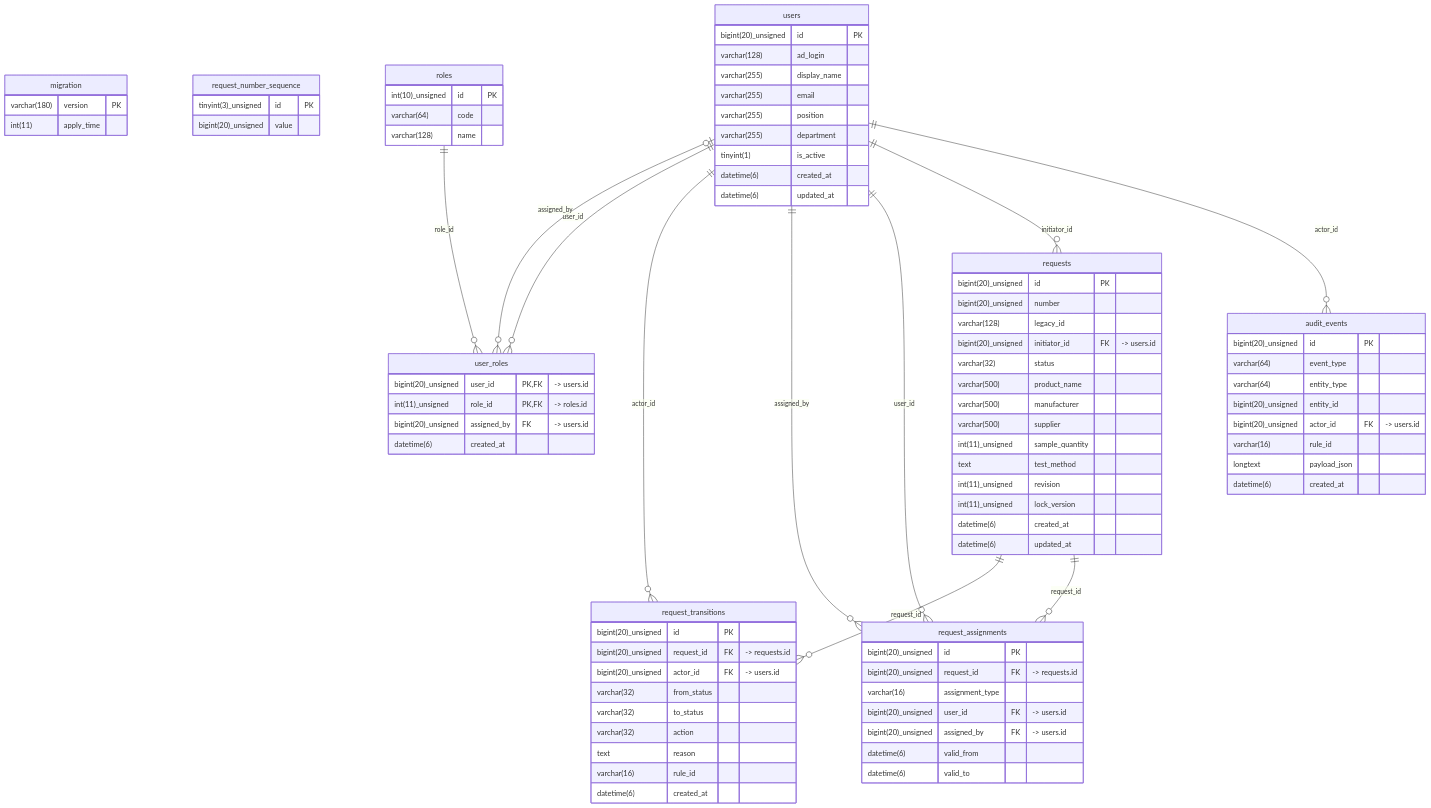
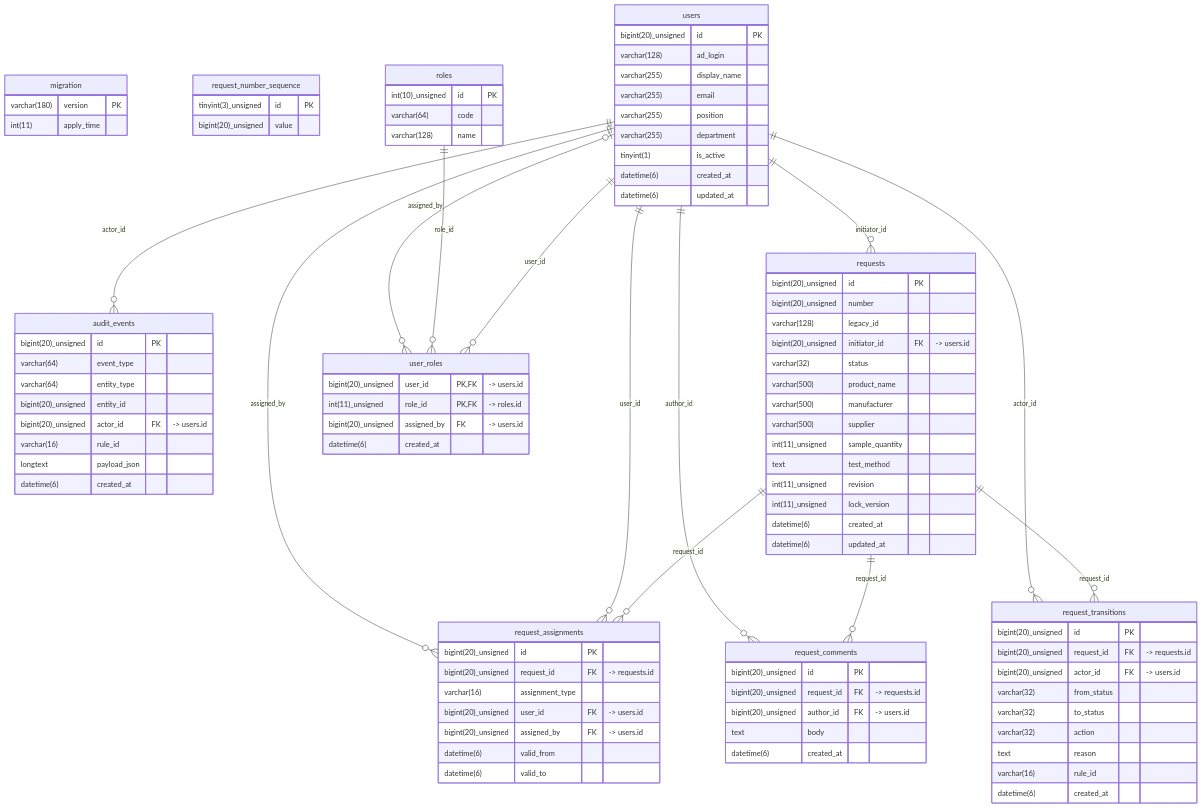
One commit to Antropophag/ic changed the diagram in docs/data-model.md. Above: the diagram before and after it, drawn with Mermaid. The commit also changed 18 other files, not shown here.

```diff
--- a/docs/data-model.md
+++ b/docs/data-model.md
@@ -49,6 +49,13 @@
         bigint(20)_unsigned assigned_by FK "-> users.id"
         datetime(6) valid_from
         datetime(6) valid_to
+    }
+    request_comments {
+        bigint(20)_unsigned id PK
+        bigint(20)_unsigned request_id FK "-> requests.id"
+        bigint(20)_unsigned author_id FK "-> users.id"
+        text body
+        datetime(6) created_at
     }
     request_number_sequence {
         tinyint(3)_unsigned id PK
@@ -92,6 +99,8 @@
     requests ||--o{ request_assignments : "request_id"
     users ||--o{ request_assignments : "user_id"
     users ||--o{ request_assignments : "assigned_by"
+    requests ||--o{ request_comments : "request_id"
+    users ||--o{ request_comments : "author_id"
     requests ||--o{ request_transitions : "request_id"
     users ||--o{ request_transitions : "actor_id"
     users ||--o{ user_roles : "user_id"
```
